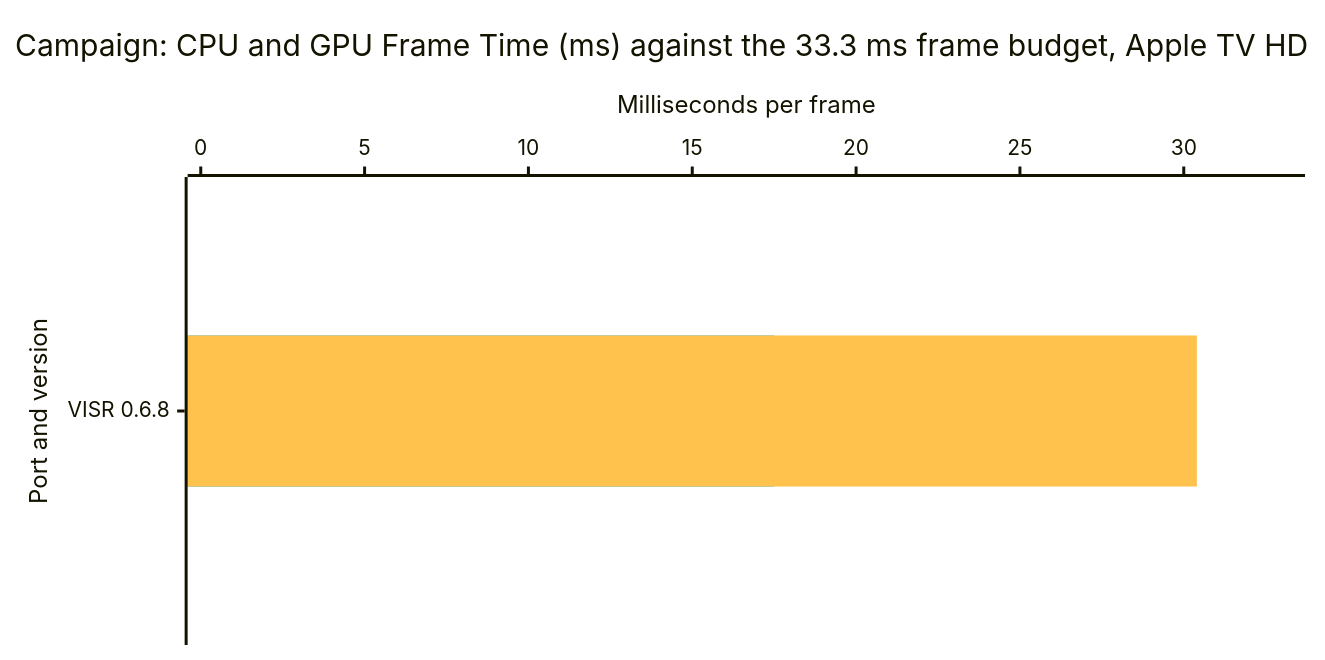
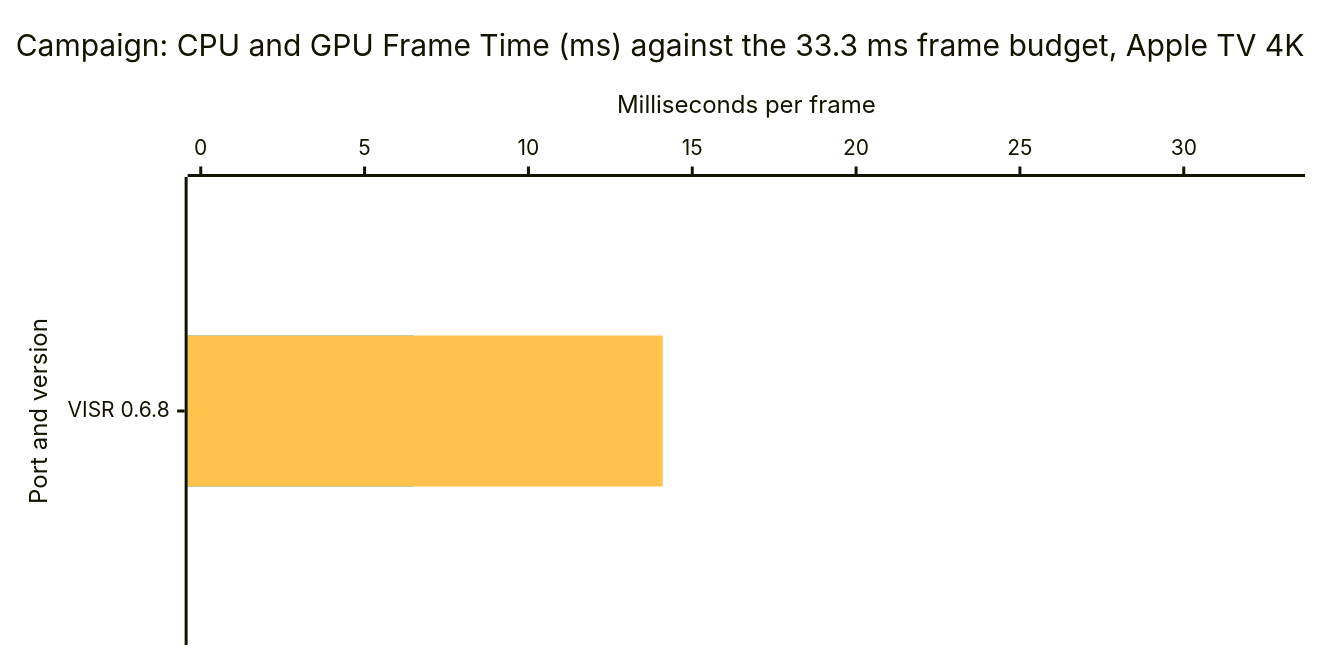
The fourth of 7 diagrams in docs/benchmarks.md (VISR-CE/visr), drawn with Mermaid before and after one commit. The commit also changed other lines of this file and 20 other files, not shown here.

First line of the commit message:
✨ feat(benchmarks): add a device picker to each platform's section and open Apple TV on the 4K — every device with rows is selectable beside the suite picker, `box` in each chart spec names the default device, and the paragraph's device name and frame caps come from `docs/benchmarks/devices.toml`

````diff
--- a/docs/benchmarks.md
+++ b/docs/benchmarks.md
@@ -108,17 +108,17 @@
 ```mermaid
 ---
 config:
   xyChart:
     width: 860
     height: 420
   themeVariables:
     xyChart:
       plotColorPalette: "#1fa9d4, #ffc24d"
 ---
 xychart-beta horizontal
-    title "Campaign: CPU and GPU Frame Time (ms) against the 33.3 ms frame budget, Apple TV HD"
+    title "Campaign: CPU and GPU Frame Time (ms) against the 33.3 ms frame budget, Apple TV 4K"
     x-axis "Port and version" ["VISR 0.6.8"]
     y-axis "Milliseconds per frame" 0 --> 33.3
-    bar [17.5]
-    bar [30.4]
+    bar [6.5]
+    bar [14.1]
 ```
````
